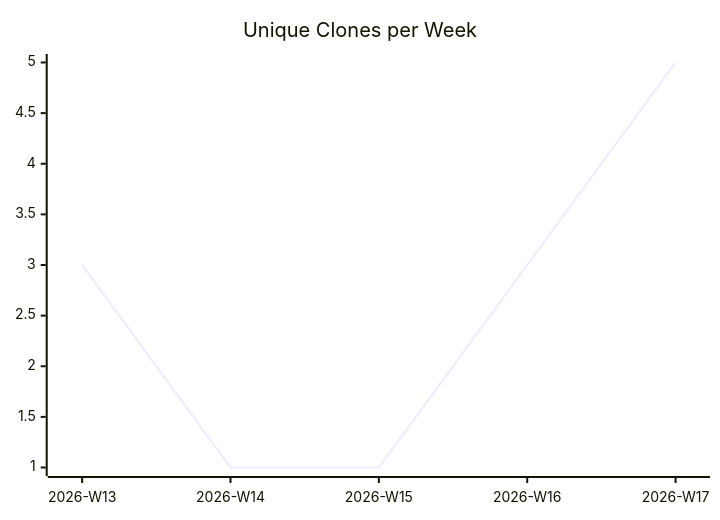
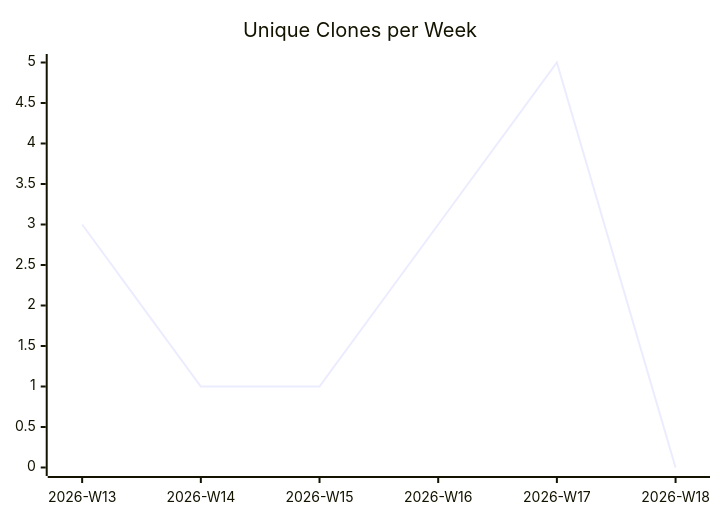
The third of 3 diagrams in karlmdavis/stockfighter-trades-solutions/README.md (justdavis-family/github-analytics-data), drawn with Mermaid before and after one commit. The commit also changed other lines of this file and 184 other files, not shown here.

````diff
--- a/karlmdavis/stockfighter-trades-solutions/README.md
+++ b/karlmdavis/stockfighter-trades-solutions/README.md
@@ -19,6 +19,6 @@
 ```mermaid
 xychart-beta
   title "Unique Clones per Week"
-  x-axis ["2026-W13", "2026-W14", "2026-W15", "2026-W16", "2026-W17"]
-  line [3, 1, 1, 3, 5]
+  x-axis ["2026-W13", "2026-W14", "2026-W15", "2026-W16", "2026-W17", "2026-W18"]
+  line [3, 1, 1, 3, 5, 0]
 ```
````
